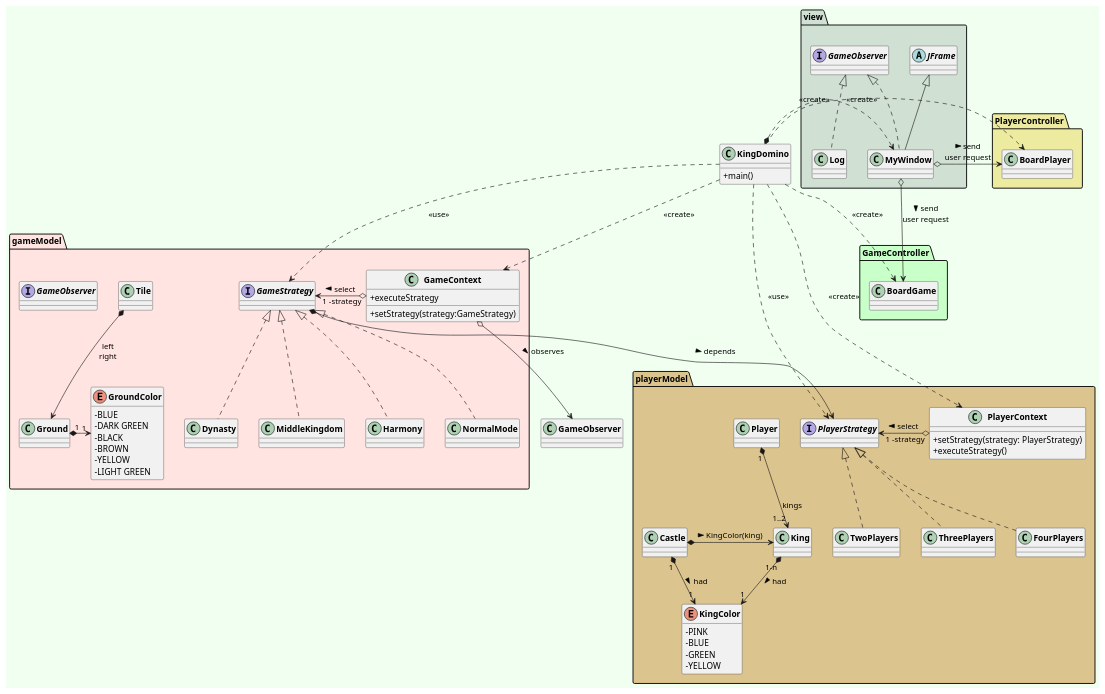
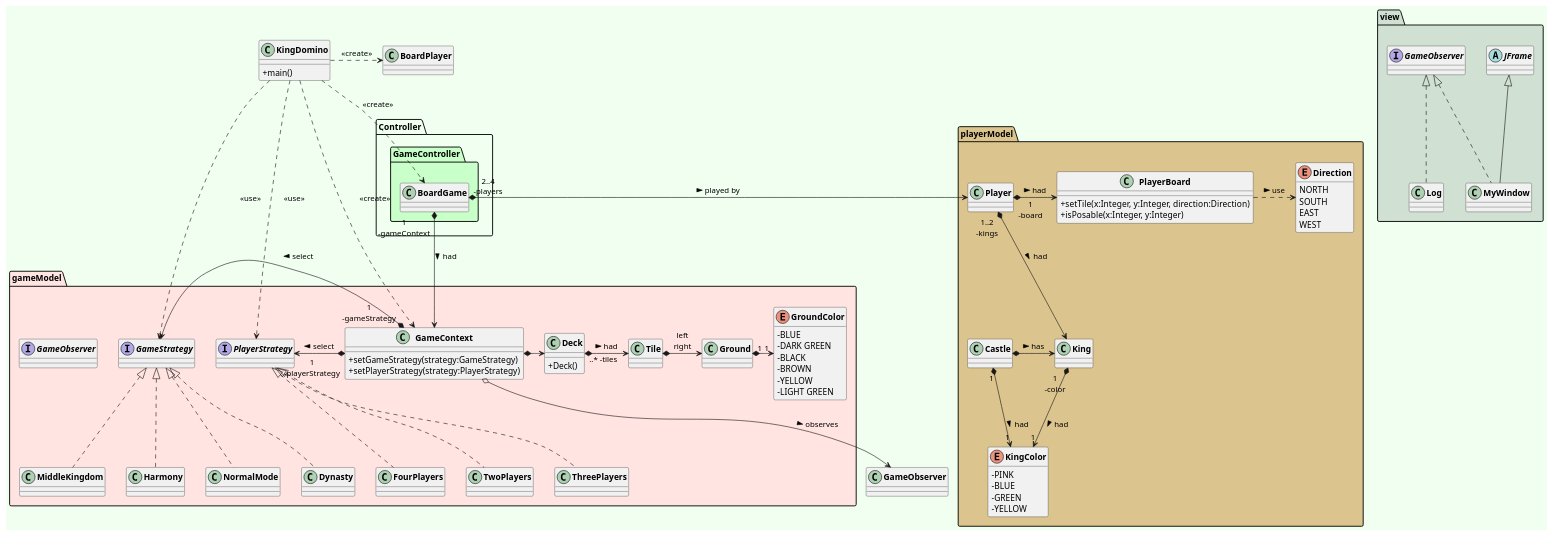
One commit to ErenMustafaGit/Kingdomino changed the diagram in kingdomino/UML/View.puml. Above: the diagram before and after it, drawn with PlantUML. The commit also changed 1 other file, not shown here.

Commit message:
Updated UML

```diff
--- a/kingdomino/UML/View.puml
+++ b/kingdomino/UML/View.puml
@@ -1,157 +1,183 @@
 @startuml
 'skinparam style strictuml
 skinparam classAttributeIconSize 0
 skinparam classFontStyle Bold
 hide enum methods
 skinparam BackgroundColor HoneyDew
 
 'class main qui va executer le jeu
 class KingDomino{
 +main()
 }
 
 
-
+package Controller{
 'package CONTROLLER
 package GameController #technology{
     ' plateau de jeu
     class BoardGame{
 
     }
 }
-'package PlayerController
-package PlayerController #EDEBA0{
-    'plateau du joueur
-        class BoardPlayer{
 
-        }
 }
+
 'package MODEL jeu
 package gameModel #mistyrose{
+
+
+
+    'interface players
+    interface PlayerStrategy{
+
+    }
+    class TwoPlayers implements PlayerStrategy{
+
+    }
+
+    class ThreePlayers implements PlayerStrategy{
+    }
+
+   class FourPlayers implements PlayerStrategy{
+
+   }
+
+
+
+    class Deck{
+        +Deck()
+    }
+
+
     'tuiles numéroté
     class Tile{
 
     }
     'coté de la tuile (droite ou gauche)
     class Ground{
 
     }
     'couleur des cotés de la tuile
     enum GroundColor{
     -BLUE
     -DARK GREEN
     -BLACK
     -BROWN
     -YELLOW
     -LIGHT GREEN
     }
     'strategy permettant de pouvoir choisir le jeu qu'on veut
     interface GameStrategy{
 
     }
     'contexte du jeu
     class GameContext{
-    +setStrategy(strategy:GameStrategy)
-    +executeStrategy
+        +setGameStrategy(strategy:GameStrategy)
+        +setPlayerStrategy(strategy:PlayerStrategy)
     }
     class NormalMode implements GameStrategy{
 
     }
     'classe dynastie
     class Dynasty implements GameStrategy{
 
     }
     'class empire du milieu
     class MiddleKingdom implements GameStrategy{
 
     }
 
     'class harmonie
     class Harmony implements GameStrategy{
 
     }
     'interface observer qui va permettre de notifier les changements
     interface GameObserver{
 'aussi le score final
     }
 }
 'package model joueur
 package playerModel #DCC48E{
-    'interface players
-    interface PlayerStrategy{
-
-    }
-    'class contexte de la stratégie
-    class PlayerContext{
-    + setStrategy(strategy: PlayerStrategy)
-    + executeStrategy()
-    }
-    class TwoPlayers implements PlayerStrategy{
-
+    class PlayerBoard{
+        +setTile(x:Integer, y:Integer, direction:Direction)
+        +isPosable(x:Integer, y:Integer)
     }
 
-    class ThreePlayers implements PlayerStrategy{
+    enum Direction{
+        NORTH
+        SOUTH
+        EAST
+        WEST
     }
 
-   class FourPlayers implements PlayerStrategy{
-
-   }
     'joueur
     class Player{
 
     }
 
     'roi
     class King{
-
     }
     'class chateau
     class Castle{
 
     }
 
     'couleur du roi et du chateau
     enum KingColor{
     -PINK
     -BLUE
     -GREEN
     -YELLOW
     }
 }
 
 'package VIEW
 package view #D0E1D4{
     'application du jeu (design avec Swing)
     class MyWindow extends JFrame implements GameObserver{
 
     }
     'JFRAME
     abstract class JFrame{
     }
 
     'classe qui va permettre de notifier la partie utilisée et le score final en fin de partie
     class Log implements GameObserver{
 
     }
 }
 
-GameStrategy *-->PlayerStrategy : > depends
+
+Deck "..* -tiles" *-> Tile : > had
 Ground "1"*->"1"GroundColor
-King"1-n"*-->"1" KingColor: > had
+Tile *->Ground : "left\nright"
+
+
+GameContext *-> Deck
+GameContext *-> GameStrategy  : "1\n-gameStrategy" > select
+GameContext *-> PlayerStrategy : "1\n-playerStrategy" > select
+
+BoardGame  *-> Player : "2..4\n-players" > played by
+BoardGame *--> GameContext : "1\n-gameContext" > had
+
+Player *-> PlayerBoard : "1\n-board" > had
+Player  *--> King : "1..2\n-kings" > had
+
+PlayerBoard .> Direction : > use
+
+
+
+King"1\n-color"*-->"1" KingColor: > had
 Castle"1"*-->"1"KingColor : > had
+
 KingDomino .> BoardPlayer : <<create>>
 KingDomino..> BoardGame : <<create>>
 KingDomino.> PlayerStrategy : <<use>>
 KingDomino..> GameStrategy : <<use>>
-Player "1"*-->"1..2"King : kings
-KingDomino *.>MyWindow : <<create>>
-Castle *-> King: > KingColor(king)
-KingDomino ..>PlayerContext : <<create>>
-PlayerContext o-> PlayerStrategy :"1 -strategy" > select
+'KingDomino *.>MyWindow : <<create>>
+Castle *-> King: > has
 KingDomino ..>GameContext : <<create>>
-GameContext o-> GameStrategy :"1 -strategy" > select
-Tile *-->Ground : "left\nright"
-MyWindow o-> BoardGame : > send \nuser request
-MyWindow o-> BoardPlayer : > send \nuser request
+'MyWindow o-> BoardGame : > send \nuser request
 GameContext o-->GameObserver : > observes
 @enduml
```
